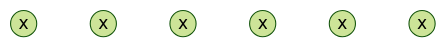
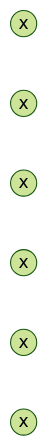
Before and after one commit to gerbssusd/dok: the second of 2 diagrams in slides.md, drawn with Mermaid (forest theme).

````diff
--- a/slides.md
+++ b/slides.md
@@ -499,11 +499,11 @@
 ```mermaid
 
-flowchart 
+flowchart LR
 
   a((x))
   b((x))
   c((x))
   d((x))
   e((x))
   f((x))
 ```
````
